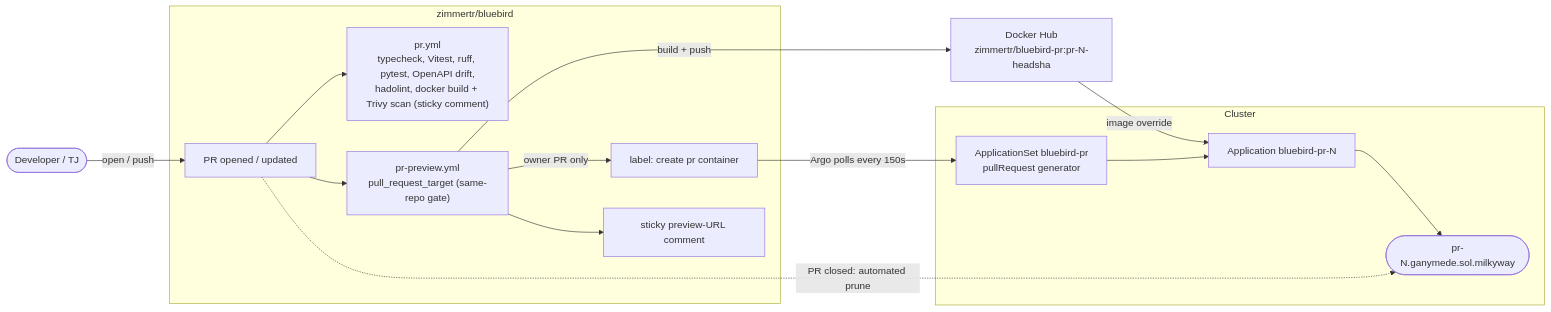
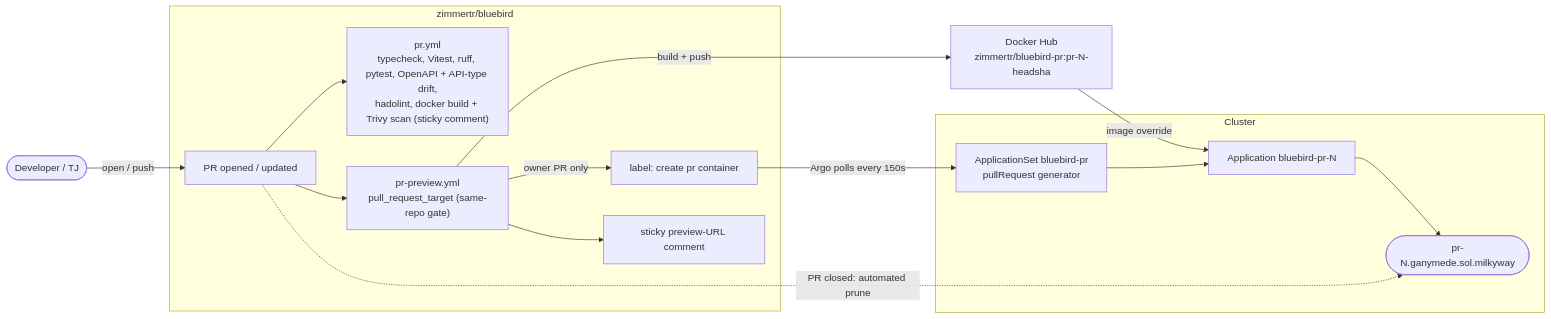
One commit to zimmertr/bluebird changed the fourth of 6 diagrams in docs/CICD.md. Above: the diagram before and after it, drawn with Mermaid. The commit also changed other lines of this file and 16 other files, not shown here.

First line of the commit message:
ci: check the frontend types against the API schema (#328)

````diff
--- a/docs/CICD.md
+++ b/docs/CICD.md
@@ -431,32 +431,32 @@
 ```mermaid
 flowchart LR
     dev(["Developer / TJ"])
 
     subgraph BB["zimmertr/bluebird"]
         pr["PR opened / updated"]
-        checks["pr.yml<br/>typecheck, Vitest, ruff, pytest, OpenAPI drift,<br/>hadolint, docker build + Trivy scan (sticky comment)"]
+        checks["pr.yml<br/>typecheck, Vitest, ruff, pytest, OpenAPI + API-type drift,<br/>hadolint, docker build + Trivy scan (sticky comment)"]
         preview["pr-preview.yml<br/>pull_request_target (same-repo gate)"]
         label["label: create pr container"]
         comment["sticky preview-URL comment"]
     end
 
     dhpr["Docker Hub<br/>zimmertr/bluebird-pr:pr-N-headsha"]
 
     subgraph CL["Cluster"]
         appset["ApplicationSet bluebird-pr<br/>pullRequest generator"]
         app["Application bluebird-pr-N"]
         env(["pr-N.ganymede.sol.milkyway"])
     end
 
     dev -->|open / push| pr
     pr --> checks
     pr --> preview
     preview -->|build + push| dhpr
     preview -->|owner PR only| label
     preview --> comment
     label -->|Argo polls every 150s| appset
     appset --> app
     dhpr -->|image override| app
     app --> env
     pr -.->|PR closed: automated prune| env
 ```
````
